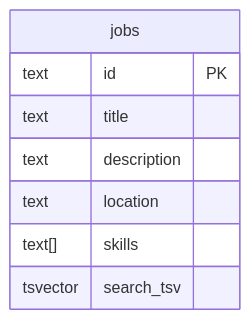
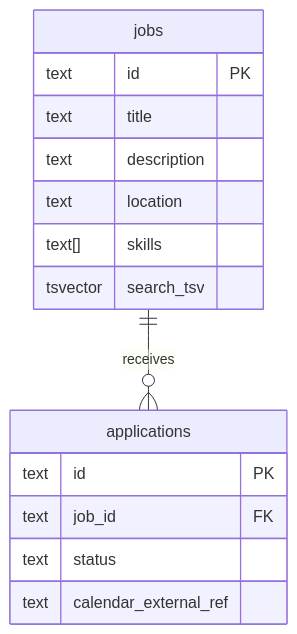
Before and after one commit to maeplego/portfolio-plan: the fourth of 4 diagrams in portfolio-plan/talent-platform/docs/06-diagrams.md, drawn with Mermaid. The commit also changed other lines of this file and 111 other files, not shown here.

````diff
--- a/portfolio-plan/talent-platform/docs/06-diagrams.md
+++ b/portfolio-plan/talent-platform/docs/06-diagrams.md
@@ -49,11 +62,18 @@
 ```mermaid
 erDiagram
   jobs {
     text id PK
     text title
     text description
     text location
     text[] skills
     tsvector search_tsv
   }
+  applications {
+    text id PK
+    text job_id FK
+    text status
+    text calendar_external_ref
+  }
+  jobs ||--o{ applications : receives
 ```
````
